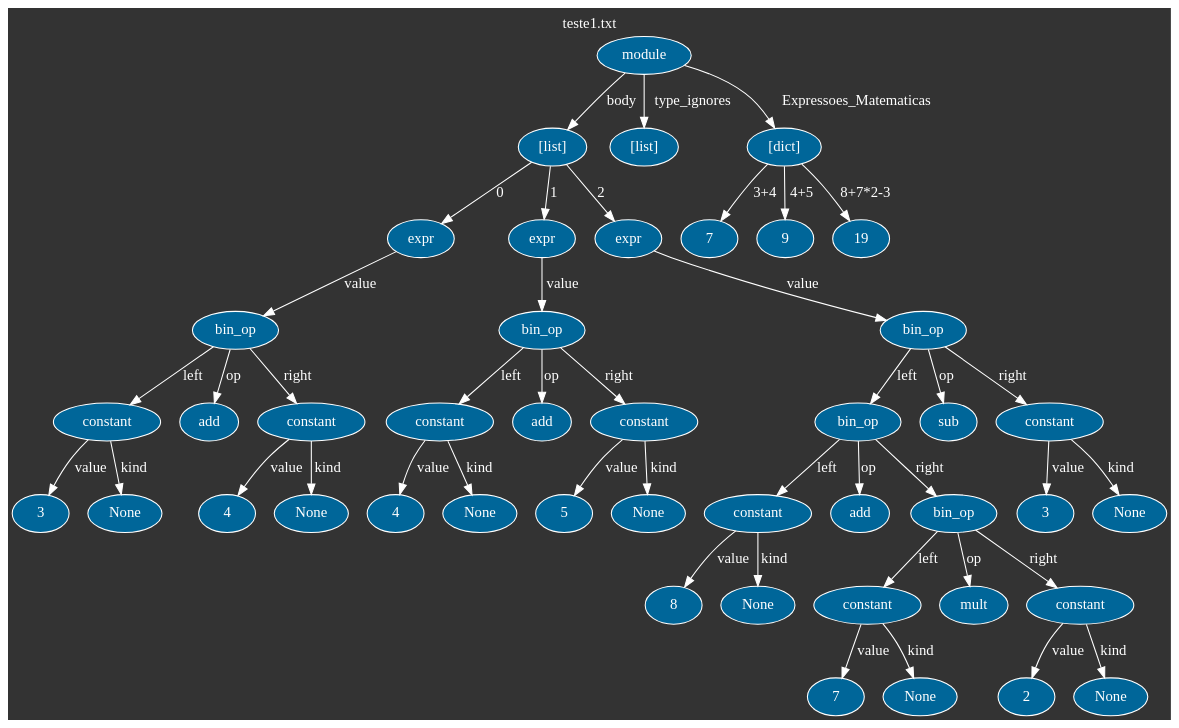
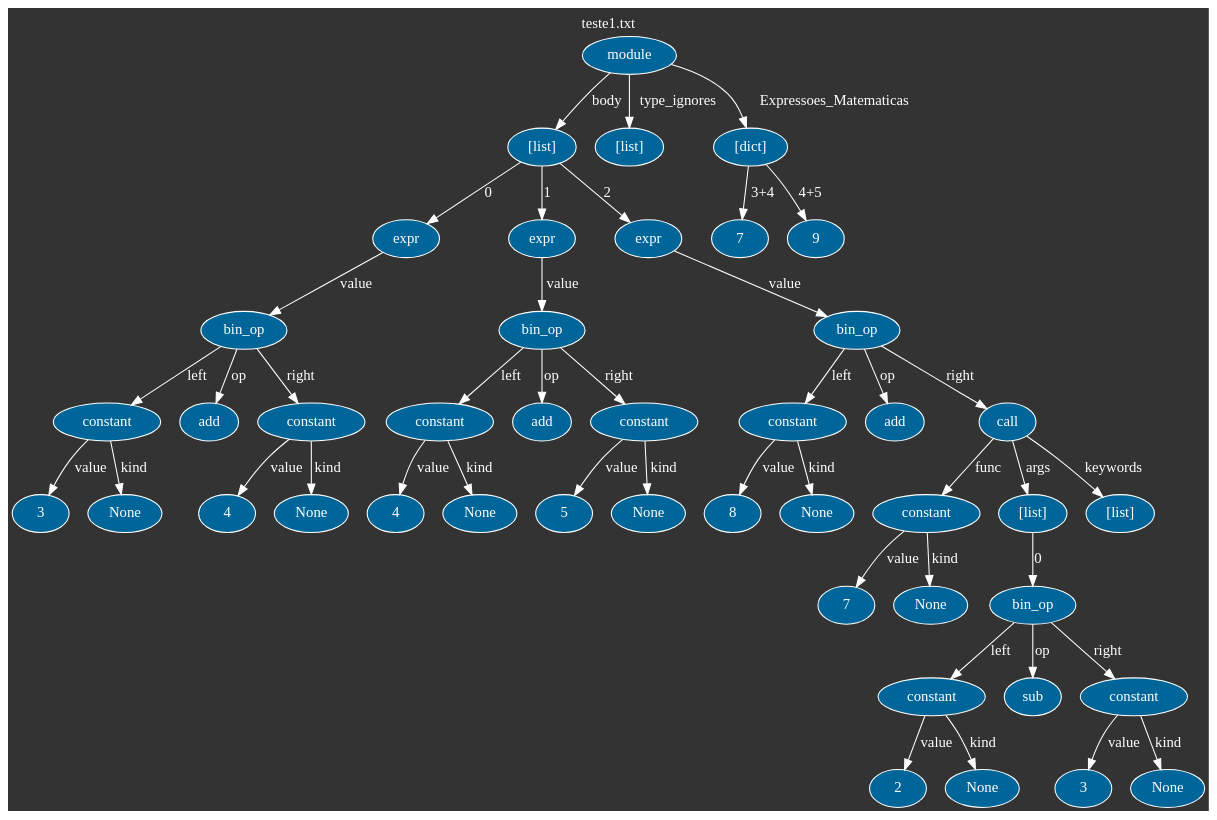
The diagram in Digraph.gv (Mandella-thi/A3_teroria_comp), drawn with Graphviz before and after one commit. The commit also changed 3 other files, not shown here.

```diff
--- a/Digraph.gv
+++ b/Digraph.gv
@@ -1,92 +1,92 @@
 digraph {
 	graph [bgcolor="#333333" fontcolor=white label="teste1.txt" labelloc=t margin=0]
 	node [color=white fillcolor="#006699" fontcolor=white style=filled]
 	edge [color=white fontcolor=white]
-	2855523251712 [label=module]
-	2855523192320 [label="[list]"]
-	2855523251904 [label=expr]
-	2855523252096 [label=bin_op]
-	2855523252480 [label=constant]
-	"257e3dd8-6af1-43ad-a8b7-56f6882d5e73" [label=3]
-	2855523252480 -> "257e3dd8-6af1-43ad-a8b7-56f6882d5e73" [label=value]
-	"904d6bcb-8270-4754-8c32-cee1617ef053" [label=None]
-	2855523252480 -> "904d6bcb-8270-4754-8c32-cee1617ef053" [label=kind]
-	2855523252096 -> 2855523252480 [label=left]
-	2855523251840 [label=add]
-	2855523252096 -> 2855523251840 [label=op]
-	2855523251968 [label=constant]
-	"3f6896f3-f632-45c4-8650-792ce9cc0e47" [label=4]
-	2855523251968 -> "3f6896f3-f632-45c4-8650-792ce9cc0e47" [label=value]
-	"06d69a2d-71a5-426c-95f9-076640b2c72d" [label=None]
-	2855523251968 -> "06d69a2d-71a5-426c-95f9-076640b2c72d" [label=kind]
-	2855523252096 -> 2855523251968 [label=right]
-	2855523251904 -> 2855523252096 [label=value]
-	2855523192320 -> 2855523251904 [label=0]
-	2855523252736 [label=expr]
-	2855523251776 [label=bin_op]
-	2855523252864 [label=constant]
-	"f7a3a722-435d-4342-bf56-66c430fcd7e2" [label=4]
-	2855523252864 -> "f7a3a722-435d-4342-bf56-66c430fcd7e2" [label=value]
-	"f5cf65d8-fa42-4441-83ba-a13996ffa943" [label=None]
-	2855523252864 -> "f5cf65d8-fa42-4441-83ba-a13996ffa943" [label=kind]
-	2855523251776 -> 2855523252864 [label=left]
-	2855523253824 [label=add]
-	2855523251776 -> 2855523253824 [label=op]
-	2855523254016 [label=constant]
-	"5fe7a65b-4c83-4cb8-8eb8-6d207f9adada" [label=5]
-	2855523254016 -> "5fe7a65b-4c83-4cb8-8eb8-6d207f9adada" [label=value]
-	"1a7f363a-2be6-494c-b27a-b9bdf193b6bc" [label=None]
-	2855523254016 -> "1a7f363a-2be6-494c-b27a-b9bdf193b6bc" [label=kind]
-	2855523251776 -> 2855523254016 [label=right]
-	2855523252736 -> 2855523251776 [label=value]
-	2855523192320 -> 2855523252736 [label=1]
-	2855523385472 [label=expr]
-	2855523385664 [label=bin_op]
-	2855523385792 [label=bin_op]
-	2855523385920 [label=constant]
-	"2b32529e-b387-427a-89c3-833d379b61d8" [label=8]
-	2855523385920 -> "2b32529e-b387-427a-89c3-833d379b61d8" [label=value]
-	"77ffc19d-74fa-4e61-b109-591f49df64af" [label=None]
-	2855523385920 -> "77ffc19d-74fa-4e61-b109-591f49df64af" [label=kind]
-	2855523385792 -> 2855523385920 [label=left]
-	2855523386240 [label=add]
-	2855523385792 -> 2855523386240 [label=op]
-	2855523386432 [label=bin_op]
-	2855523386560 [label=constant]
-	"acc32ddb-bada-468c-ae9b-931955f6d043" [label=7]
-	2855523386560 -> "acc32ddb-bada-468c-ae9b-931955f6d043" [label=value]
-	"3e1eb9b2-bed6-4a27-a0b7-70d1fd16627e" [label=None]
-	2855523386560 -> "3e1eb9b2-bed6-4a27-a0b7-70d1fd16627e" [label=kind]
-	2855523386432 -> 2855523386560 [label=left]
-	2855523386880 [label=mult]
-	2855523386432 -> 2855523386880 [label=op]
-	2855523387072 [label=constant]
-	"0d5490e3-7518-4680-aadb-ed8dd91fa189" [label=2]
-	2855523387072 -> "0d5490e3-7518-4680-aadb-ed8dd91fa189" [label=value]
-	"57238d34-1a9d-46f9-bd25-58de7b8b46b1" [label=None]
-	2855523387072 -> "57238d34-1a9d-46f9-bd25-58de7b8b46b1" [label=kind]
-	2855523386432 -> 2855523387072 [label=right]
-	2855523385792 -> 2855523386432 [label=right]
-	2855523385664 -> 2855523385792 [label=left]
-	2855523387392 [label=sub]
-	2855523385664 -> 2855523387392 [label=op]
-	2855523387712 [label=constant]
-	"3b68dec1-3c1a-4829-a4c6-1d193a761ced" [label=3]
-	2855523387712 -> "3b68dec1-3c1a-4829-a4c6-1d193a761ced" [label=value]
-	"72fb3de9-d154-4f1d-ac74-6edd4e1135ec" [label=None]
-	2855523387712 -> "72fb3de9-d154-4f1d-ac74-6edd4e1135ec" [label=kind]
-	2855523385664 -> 2855523387712 [label=right]
-	2855523385472 -> 2855523385664 [label=value]
-	2855523192320 -> 2855523385472 [label=2]
-	2855523251712 -> 2855523192320 [label=body]
-	2855523048704 [label="[list]"]
-	2855523251712 -> 2855523048704 [label=type_ignores]
-	2855523389120 [label="[dict]"]
-	"2cf49949-e4b4-4edc-837b-1eb63148d927" [label=7]
-	2855523389120 -> "2cf49949-e4b4-4edc-837b-1eb63148d927" [label="3+4"]
-	"6a87787d-80f3-481d-bdc6-abd25cdc82cb" [label=9]
-	2855523389120 -> "6a87787d-80f3-481d-bdc6-abd25cdc82cb" [label="4+5"]
-	"ba6dfd38-e16a-4eea-a864-b7f314c68865" [label=19]
-	2855523389120 -> "ba6dfd38-e16a-4eea-a864-b7f314c68865" [label="8+7*2-3"]
-	2855523251712 -> 2855523389120 [label=Expressoes_Matematicas]
+	1893980729024 [label=module]
+	1893980720640 [label="[list]"]
+	1893980729088 [label=expr]
+	1893980729152 [label=bin_op]
+	1893980729920 [label=constant]
+	"6b80823b-0f95-4252-b644-7e3ab3dfd3bb" [label=3]
+	1893980729920 -> "6b80823b-0f95-4252-b644-7e3ab3dfd3bb" [label=value]
+	"ea71c66e-5a89-4e10-89f2-c6d29a18f6f3" [label=None]
+	1893980729920 -> "ea71c66e-5a89-4e10-89f2-c6d29a18f6f3" [label=kind]
+	1893980729152 -> 1893980729920 [label=left]
+	1893980729792 [label=add]
+	1893980729152 -> 1893980729792 [label=op]
+	1893980729408 [label=constant]
+	"b747bcf2-973d-4f83-a4cd-5e59b572adb2" [label=4]
+	1893980729408 -> "b747bcf2-973d-4f83-a4cd-5e59b572adb2" [label=value]
+	"d4d52170-3b38-4e55-b4ca-d5decd77ab26" [label=None]
+	1893980729408 -> "d4d52170-3b38-4e55-b4ca-d5decd77ab26" [label=kind]
+	1893980729152 -> 1893980729408 [label=right]
+	1893980729088 -> 1893980729152 [label=value]
+	1893980720640 -> 1893980729088 [label=0]
+	1893980729536 [label=expr]
+	1893980729600 [label=bin_op]
+	1893980729664 [label=constant]
+	"810d22ab-b8c6-4230-b4e9-30c3b29e8f97" [label=4]
+	1893980729664 -> "810d22ab-b8c6-4230-b4e9-30c3b29e8f97" [label=value]
+	"67e8901e-19f4-40f4-8c1b-9fb9ba34fda8" [label=None]
+	1893980729664 -> "67e8901e-19f4-40f4-8c1b-9fb9ba34fda8" [label=kind]
+	1893980729600 -> 1893980729664 [label=left]
+	1893980730048 [label=add]
+	1893980729600 -> 1893980730048 [label=op]
+	1893980730112 [label=constant]
+	"7b0faf87-7ebf-4dc3-a8f9-c14ba9f1f5ce" [label=5]
+	1893980730112 -> "7b0faf87-7ebf-4dc3-a8f9-c14ba9f1f5ce" [label=value]
+	"569c1fa8-906d-47fa-803f-35f2275a9d9a" [label=None]
+	1893980730112 -> "569c1fa8-906d-47fa-803f-35f2275a9d9a" [label=kind]
+	1893980729600 -> 1893980730112 [label=right]
+	1893980729536 -> 1893980729600 [label=value]
+	1893980720640 -> 1893980729536 [label=1]
+	1893980730240 [label=expr]
+	1893980730304 [label=bin_op]
+	1893980730368 [label=constant]
+	"8a2f27ec-bb16-45bf-a04d-c6d35147ea7d" [label=8]
+	1893980730368 -> "8a2f27ec-bb16-45bf-a04d-c6d35147ea7d" [label=value]
+	"6eff855a-07cf-462b-b15c-e60380c6375f" [label=None]
+	1893980730368 -> "6eff855a-07cf-462b-b15c-e60380c6375f" [label=kind]
+	1893980730304 -> 1893980730368 [label=left]
+	1893980730496 [label=add]
+	1893980730304 -> 1893980730496 [label=op]
+	1893980730560 [label=call]
+	1893980730624 [label=constant]
+	"da332f17-29e1-4247-8a17-c87d319be39e" [label=7]
+	1893980730624 -> "da332f17-29e1-4247-8a17-c87d319be39e" [label=value]
+	"e5c1a264-544c-4047-8ba6-b23d4a7f5d1f" [label=None]
+	1893980730624 -> "e5c1a264-544c-4047-8ba6-b23d4a7f5d1f" [label=kind]
+	1893980730560 -> 1893980730624 [label=func]
+	1893980718144 [label="[list]"]
+	1893980730752 [label=bin_op]
+	1893980730816 [label=constant]
+	"a5e10516-da5f-4b0c-ae3a-b2b67ddc5ea7" [label=2]
+	1893980730816 -> "a5e10516-da5f-4b0c-ae3a-b2b67ddc5ea7" [label=value]
+	"ec2c0489-9cd5-4254-b068-fc5c6e604e70" [label=None]
+	1893980730816 -> "ec2c0489-9cd5-4254-b068-fc5c6e604e70" [label=kind]
+	1893980730752 -> 1893980730816 [label=left]
+	1893980730944 [label=sub]
+	1893980730752 -> 1893980730944 [label=op]
+	1893980731008 [label=constant]
+	"5b9d22c4-3c26-402e-a061-398df3201a76" [label=3]
+	1893980731008 -> "5b9d22c4-3c26-402e-a061-398df3201a76" [label=value]
+	"c64c8ffa-5556-422d-81e5-94817c806dfb" [label=None]
+	1893980731008 -> "c64c8ffa-5556-422d-81e5-94817c806dfb" [label=kind]
+	1893980730752 -> 1893980731008 [label=right]
+	1893980718144 -> 1893980730752 [label=0]
+	1893980730560 -> 1893980718144 [label=args]
+	1893980719104 [label="[list]"]
+	1893980730560 -> 1893980719104 [label=keywords]
+	1893980730304 -> 1893980730560 [label=right]
+	1893980730240 -> 1893980730304 [label=value]
+	1893980720640 -> 1893980730240 [label=2]
+	1893980729024 -> 1893980720640 [label=body]
+	1893980717952 [label="[list]"]
+	1893980729024 -> 1893980717952 [label=type_ignores]
+	1893980799040 [label="[dict]"]
+	"b2d47d2c-ec86-47a0-8f5b-72eca1086269" [label=7]
+	1893980799040 -> "b2d47d2c-ec86-47a0-8f5b-72eca1086269" [label="3+4"]
+	"1a941254-3a3b-42aa-9a4b-da4d022fdb35" [label=9]
+	1893980799040 -> "1a941254-3a3b-42aa-9a4b-da4d022fdb35" [label="4+5"]
+	1893980729024 -> 1893980799040 [label=Expressoes_Matematicas]
 }
```
